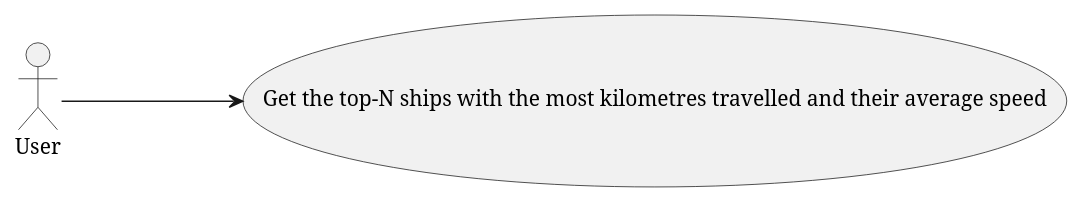
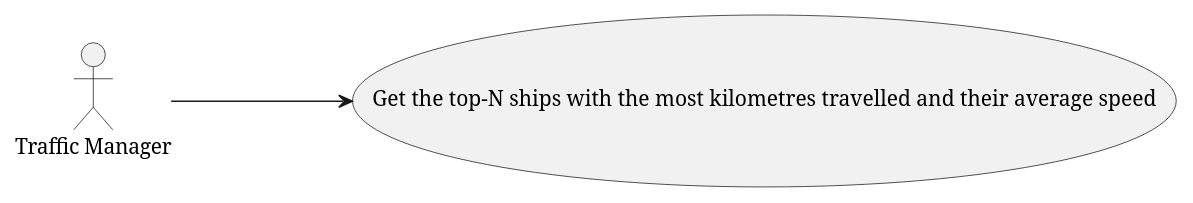
One commit to 1190772/LAB-Project-3 changed the diagram in docs/Sprint 1/US106/US106_UCD.puml. Above: the diagram before and after it, drawn with PlantUML. The commit also changed 6 other files, not shown here.

```diff
--- a/docs/Sprint 1/US106/US106_UCD.puml
+++ b/docs/Sprint 1/US106/US106_UCD.puml
@@ -1,11 +1,11 @@
 @startuml
 'https://plantuml.com/use-case-diagram
 
 left to right direction
 
-:User: as USER
+:Traffic Manager: as TM
 (Get the  top-N ships with the most kilometres travelled and their average speed) as (Use)
 
-USER ---> (Use)
+TM ---> (Use)
 
 @enduml
```
